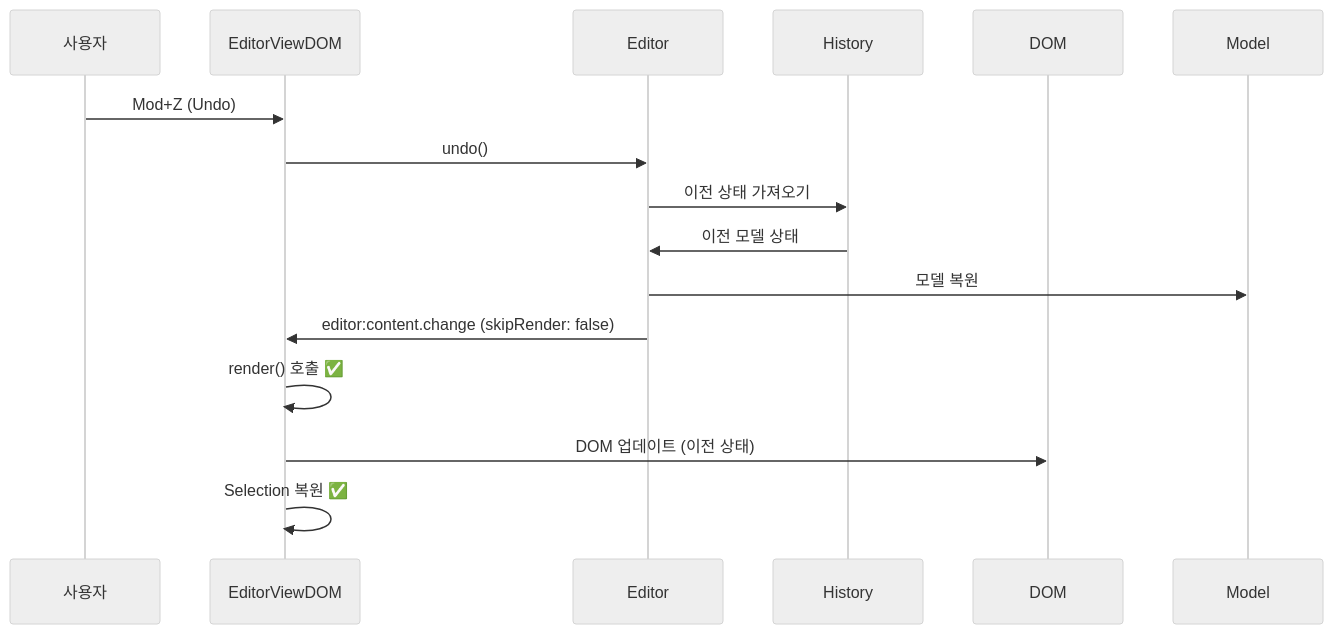
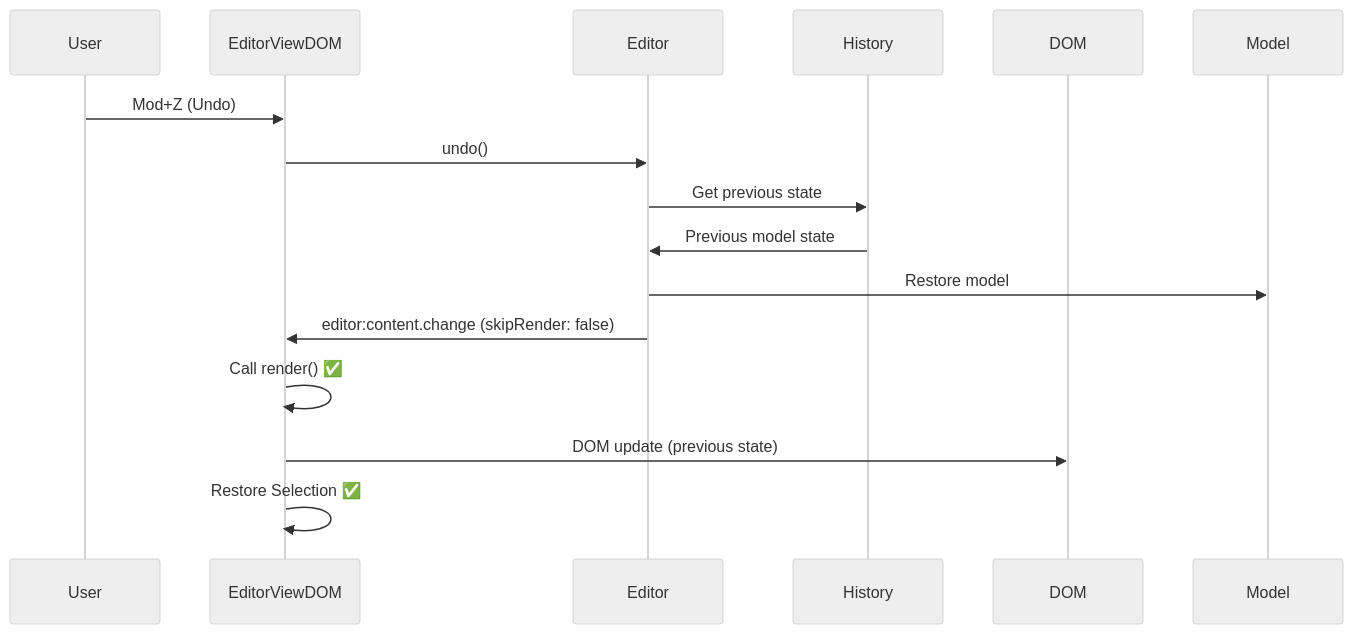
One commit to barocss/barocss-editor changed the seventh of 16 diagrams in packages/editor-view-dom/docs/plan/input-rendering-race-condition.md. Above: the diagram before and after it, drawn with Mermaid (neutral theme). The commit also changed other lines of this file and 43 other files, not shown here.

````diff
--- a/packages/editor-view-dom/docs/plan/input-rendering-race-condition.md
+++ b/packages/editor-view-dom/docs/plan/input-rendering-race-condition.md
@@ -576,18 +576,18 @@
 ```mermaid
 sequenceDiagram
-    participant User as 사용자
+    participant User as User
     participant EVD as EditorViewDOM
     participant Editor as Editor
     participant History as History
     participant DOM as DOM
 
     User->>EVD: Mod+Z (Undo)
     EVD->>Editor: undo()
-    Editor->>History: 이전 상태 가져오기
-    History->>Editor: 이전 모델 상태
-    Editor->>Model: 모델 복원
+    Editor->>History: Get previous state
+    History->>Editor: Previous model state
+    Editor->>Model: Restore model
     Editor->>EVD: editor:content.change (skipRender: false)
-    EVD->>EVD: render() 호출 ✅
-    EVD->>DOM: DOM 업데이트 (이전 상태)
-    EVD->>EVD: Selection 복원 ✅
+    EVD->>EVD: Call render() ✅
+    EVD->>DOM: DOM update (previous state)
+    EVD->>EVD: Restore Selection ✅
 ```
````
